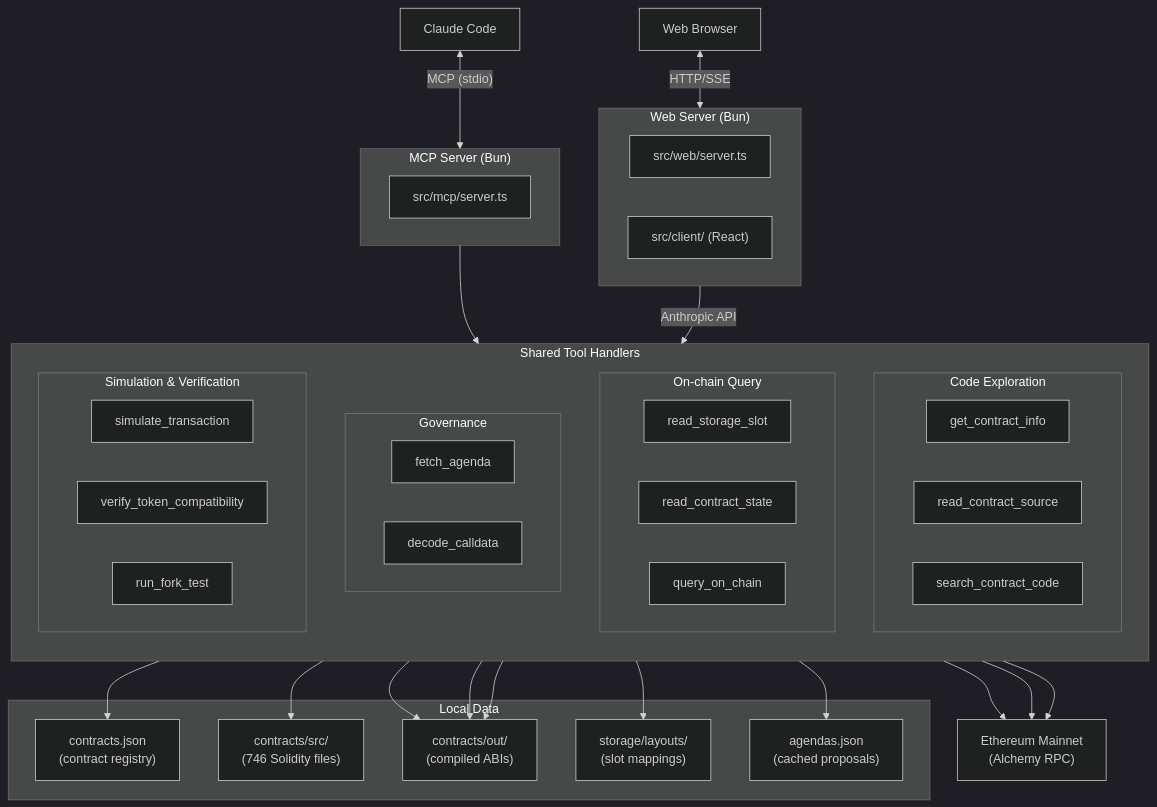
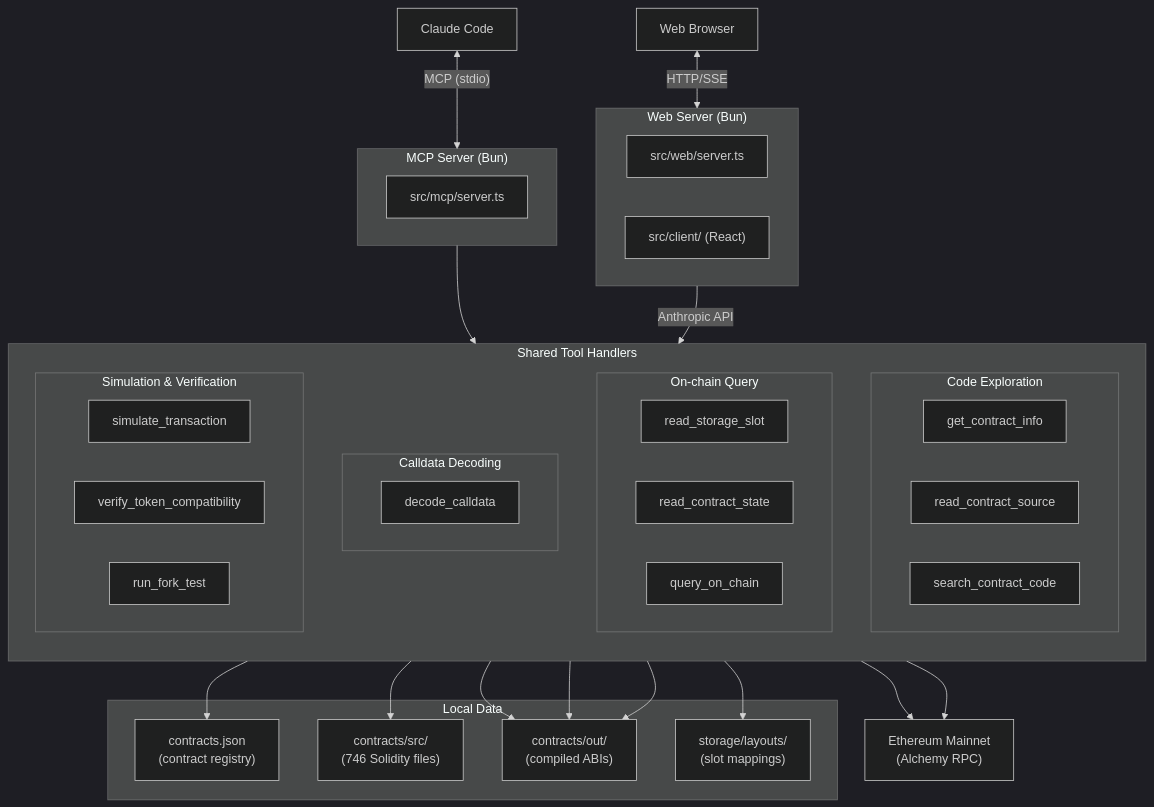
One commit to tokamak-network/tokamak-dao-agent changed the diagram in README.md. Above: the diagram before and after it, drawn with Mermaid (dark theme). The commit also changed other lines of this file and 2 other files, not shown here.

````diff
--- a/README.md
+++ b/README.md
@@ -9,64 +9,62 @@
 ```mermaid
 flowchart TB
     Claude["Claude Code"]
     Browser["Web Browser"]
 
     Claude <-->|"MCP (stdio)"| MCP
     Browser <-->|"HTTP/SSE"| Web
 
     subgraph MCP["MCP Server (Bun)"]
         direction LR
         mcp_entry["src/mcp/server.ts"]
     end
 
     subgraph Web["Web Server (Bun)"]
         direction LR
         web_entry["src/web/server.ts"]
         web_client["src/client/ (React)"]
     end
 
     MCP --> Handlers
     Web -->|"Anthropic API"| Handlers
 
     subgraph Handlers["Shared Tool Handlers"]
         direction TB
 
         subgraph tools1["Code Exploration"]
             get_contract_info
             read_contract_source
             search_contract_code
         end
 
         subgraph tools2["On-chain Query"]
             read_storage_slot
             read_contract_state
             query_on_chain
         end
 
-        subgraph tools3["Governance"]
-            fetch_agenda
+        subgraph tools3["Calldata Decoding"]
             decode_calldata
         end
 
         subgraph tools4["Simulation & Verification"]
             simulate_transaction
             verify_token_compatibility
             run_fork_test
         end
     end
 
     subgraph Data["Local Data"]
         contracts_json["contracts.json\n(contract registry)"]
         sources["contracts/src/\n(746 Solidity files)"]
         abis["contracts/out/\n(compiled ABIs)"]
         layouts["storage/layouts/\n(slot mappings)"]
-        agendas["agendas.json\n(cached proposals)"]
     end
 
     RPC["Ethereum Mainnet\n(Alchemy RPC)"]
 
     tools1 --> contracts_json & sources & abis
     tools2 --> layouts & abis & RPC
-    tools3 --> agendas & abis & RPC
+    tools3 --> abis
     tools4 --> RPC
 ```
````
